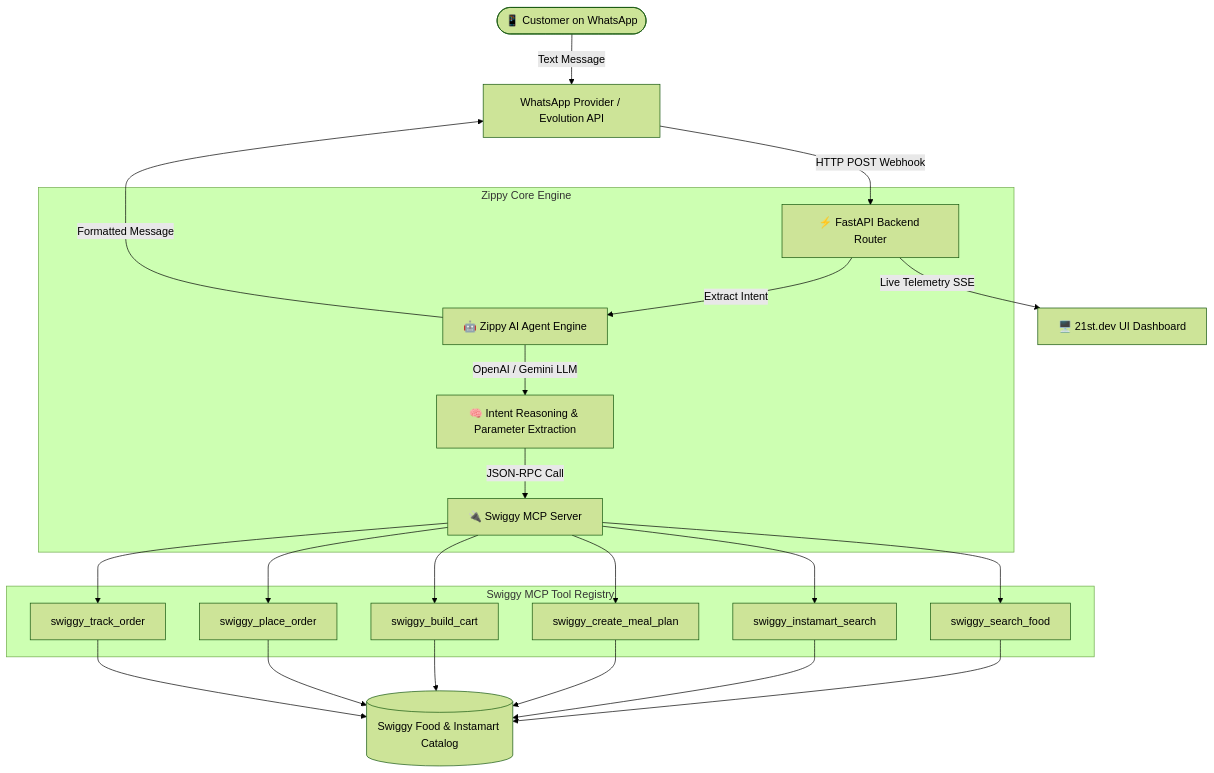
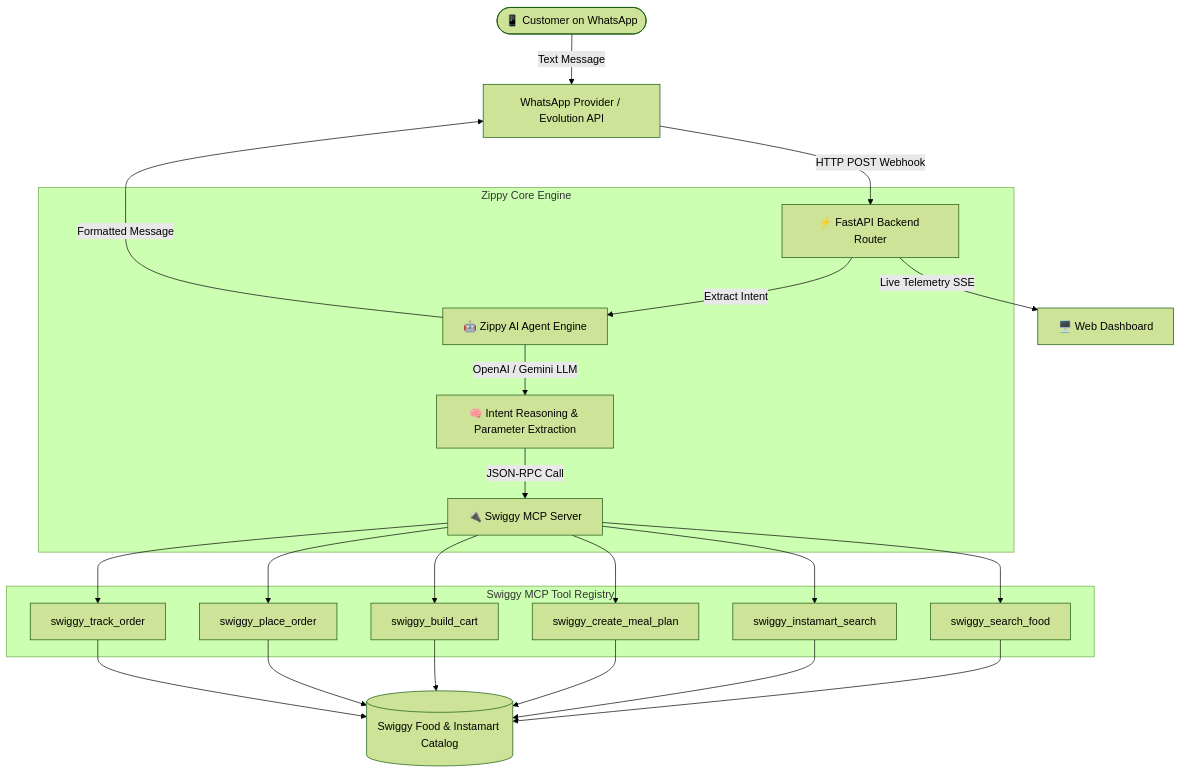
The first of 2 diagrams in README.md (rajumanoj333/Zippy), drawn with Mermaid (forest theme) before and after one commit. The commit also changed other lines of this file, not shown here.

Commit message:
docs: remove 21st dev CLI setup from README and improve readability

````diff
--- a/README.md
+++ b/README.md
@@ -84,25 +60,25 @@
 ```mermaid
 graph TD
     User([📱 Customer on WhatsApp]) -->|Text Message| WhatsAppProvider[WhatsApp Provider / Evolution API]
     WhatsAppProvider -->|HTTP POST Webhook| FastAPI[⚡ FastAPI Backend Router]
     
     subgraph Zippy Core Engine
         FastAPI -->|Extract Intent| AIAgent[🤖 Zippy AI Agent Engine]
         AIAgent -->|OpenAI / Gemini LLM| Reasoning[🧠 Intent Reasoning & Parameter Extraction]
         Reasoning -->|JSON-RPC Call| MCPServer[🔌 Swiggy MCP Server]
     end
 
     subgraph Swiggy MCP Tool Registry
         MCPServer --> Tool1[swiggy_search_food]
         MCPServer --> Tool2[swiggy_instamart_search]
         MCPServer --> Tool3[swiggy_create_meal_plan]
         MCPServer --> Tool4[swiggy_build_cart]
         MCPServer --> Tool5[swiggy_place_order]
         MCPServer --> Tool6[swiggy_track_order]
     end
 
     Tool1 & Tool2 & Tool3 & Tool4 & Tool5 & Tool6 --> Database[( Swiggy Food & Instamart Catalog)]
     
     AIAgent -->|Formatted Message| WhatsAppProvider
-    FastAPI -->|Live Telemetry SSE| WebDashboard[🖥️ 21st.dev UI Dashboard]
+    FastAPI -->|Live Telemetry SSE| WebDashboard[🖥️ Web Dashboard]
 ```
````
